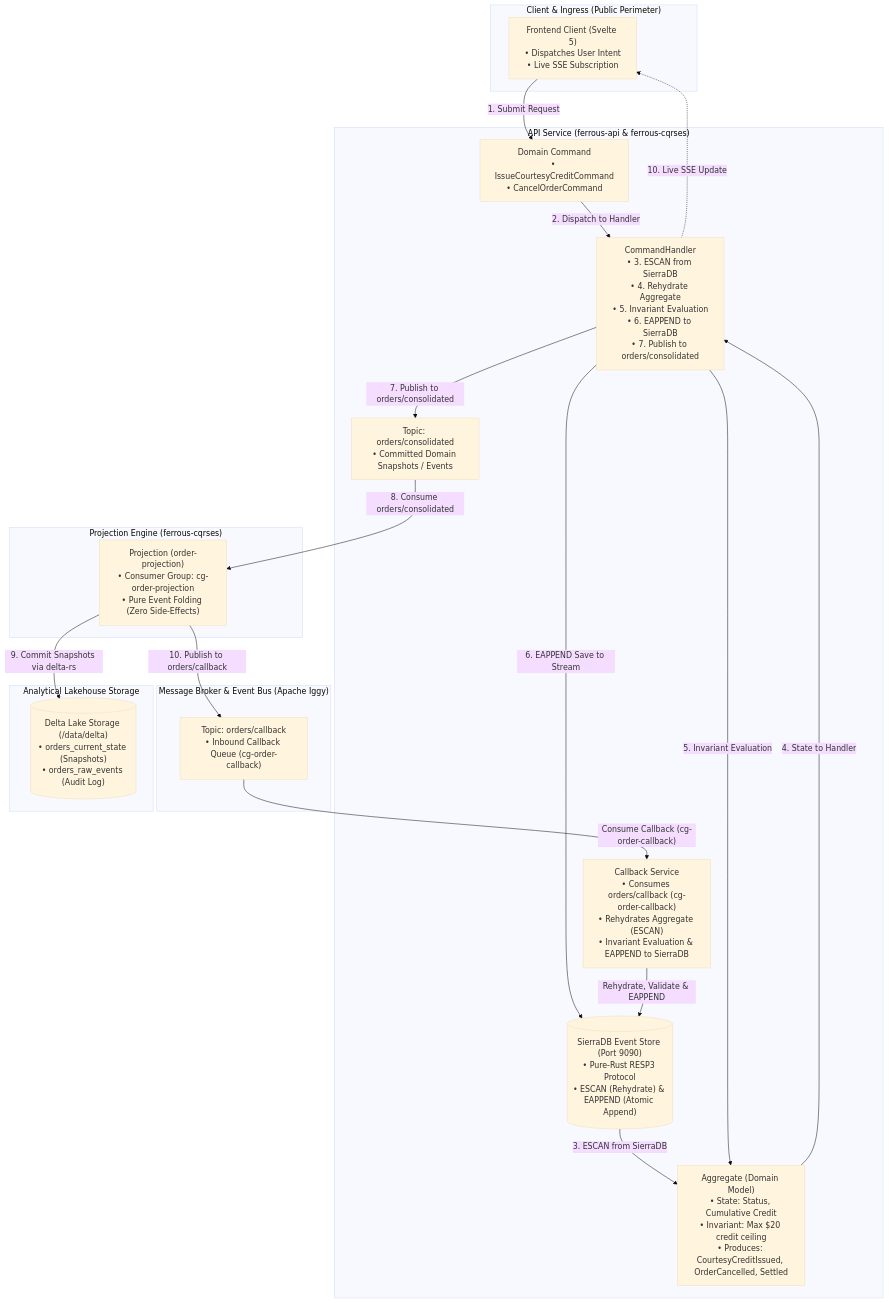
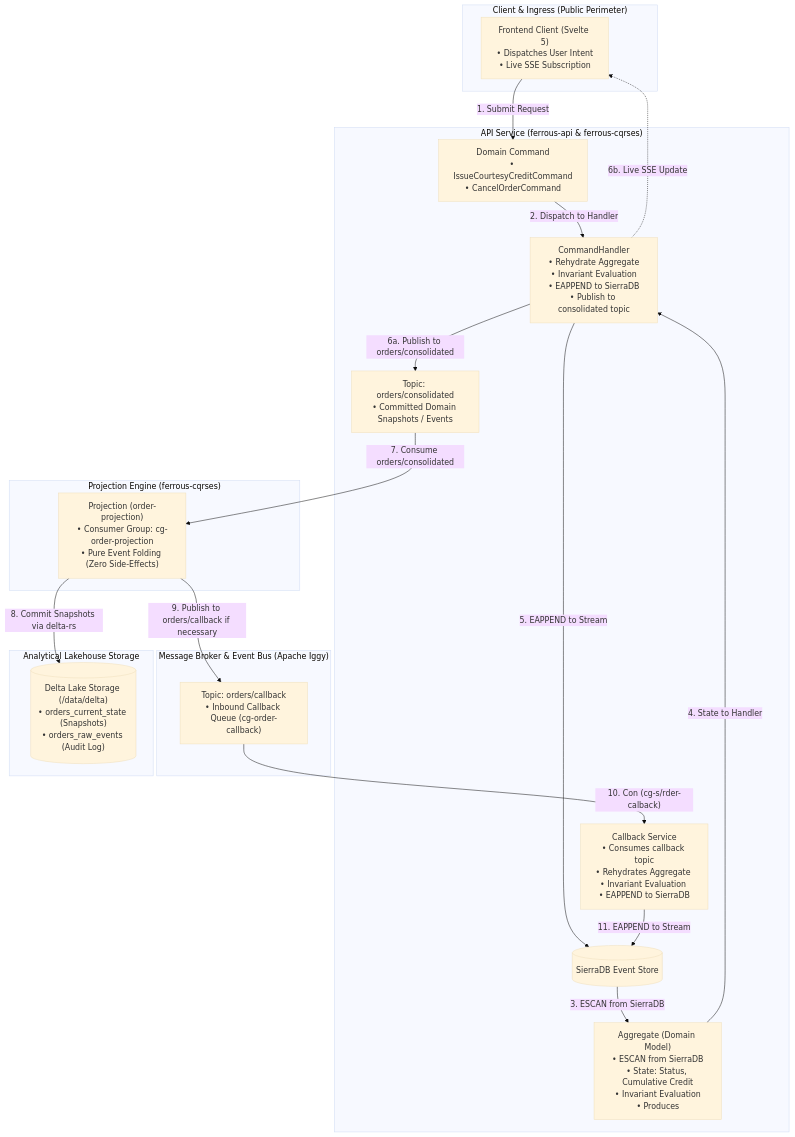
Before and after one commit to reidlai/ferrous-cx: the first of 2 diagrams in README.md, drawn with Mermaid (base theme).

Commit message:
fix(README.md): update CQRS/ES flow (#24)

````diff
--- a/README.md
+++ b/README.md
@@ -42,53 +42,54 @@
 ```mermaid
 flowchart TD
     subgraph Client_Tier ["Client & Ingress (Public Perimeter)"]
         Client["Frontend Client (Svelte 5)<br/>• Dispatches User Intent<br/>• Live SSE Subscription"]
     end
 
     subgraph API_Tier ["API Service (ferrous-api & ferrous-cqrses)"]
         Command["Domain Command<br/>• IssueCourtesyCreditCommand<br/>• CancelOrderCommand"]
-        CommandHandler["CommandHandler<br/>• 3. ESCAN from SierraDB<br/>• 4. Rehydrate Aggregate<br/>• 5. Invariant Evaluation<br/>• 6. EAPPEND to SierraDB<br/>• 7. Publish to orders/consolidated"]
-        CallbackService["Callback Service<br/>• Consumes orders/callback (cg-order-callback)<br/>• Rehydrates Aggregate (ESCAN)<br/>• Invariant Evaluation & EAPPEND to SierraDB"]
-        Aggregate["Aggregate (Domain Model)<br/>• State: Status, Cumulative Credit<br/>• Invariant: Max $20 credit ceiling<br/>• Produces: CourtesyCreditIssued, OrderCancelled, Settled"]
-        SierraDB[("SierraDB Event Store (Port 9090)<br/>• Pure-Rust RESP3 Protocol<br/>• ESCAN (Rehydrate) & EAPPEND (Atomic Append)")]
+        CommandHandler["CommandHandler<br/>• Rehydrate Aggregate<br/>• Invariant Evaluation<br/>• EAPPEND to SierraDB<br/>• Publish to consolidated topic"]
+        CallbackService["Callback Service<br/>• Consumes callback topic<br/>• Rehydrates Aggregate <br/>• Invariant Evaluation <br/>• EAPPEND to SierraDB"]
+        Aggregate["Aggregate (Domain Model)<br/>• ESCAN from SierraDB<br/>• State: Status, Cumulative Credit<br/>• Invariant Evaluation<br/>• Produces"]
+        SierraDB[("SierraDB Event Store")]
 
         Command -->|"2. Dispatch to Handler"| CommandHandler
         SierraDB -->|"3. ESCAN from SierraDB"| Aggregate
         Aggregate -->|"4. State to Handler"| CommandHandler
-        CommandHandler -->|"5. Invariant Evaluation"| Aggregate
-        CommandHandler -->|"6. EAPPEND Save to Stream"| SierraDB
-        CommandHandler -->|"7. Publish to orders/consolidated"| IggyConsolidated
-        CallbackService -->|"Rehydrate, Validate & EAPPEND"| SierraDB
+        CommandHandler -->|"5. EAPPEND to Stream"| SierraDB
+        CommandHandler -->|"6a. Publish to orders/consolidated"| IggyConsolidated
+        CallbackService -->|"11. EAPPEND to Stream"| SierraDB
 
     end
 
     subgraph Streaming_Fabric ["Message Broker & Event Bus (Apache Iggy)"]
         IggyCallback["Topic: orders/callback<br/>• Inbound Callback Queue (cg-order-callback)"]
         IggyConsolidated["Topic: orders/consolidated<br/>• Committed Domain Snapshots / Events"]
     end
 
     subgraph Projection_Tier ["Projection Engine (ferrous-cqrses)"]
         Projection["Projection (order-projection)<br/>• Consumer Group: cg-order-projection<br/>• Pure Event Folding (Zero Side-Effects)"]
     end
 
     subgraph Lakehouse_Tier ["Analytical Lakehouse Storage"]
         DeltaLake[("Delta Lake Storage (/data/delta)<br/>• orders_current_state (Snapshots)<br/>• orders_raw_events (Audit Log)")]
     end
 
     Client_Tier ~~~ API_Tier
     API_Tier ~~~ Streaming_Fabric
     Streaming_Fabric ~~~ Projection_Tier
     Projection_Tier ~~~ Lakehouse_Tier
 
     %% Step 1: User Command Ingestion
     Client -->|"1. Submit Request"| Command
-    CommandHandler -.->|"10. Live SSE Update"| Client
+    CommandHandler -.->|"6b. Live SSE Update"| Client
+
+    
+    %% Step 3: Projections & Delta Lake Write
+    IggyConsolidated -->|"7. Consume orders/consolidated"| Projection
+    Projection -->|"8. Commit Snapshots via delta-rs"| DeltaLake
+    Projection -->|"9. Publish to orders/callback if necessary"| IggyCallback
 
     %% Step 2: Callback Queue Ingestion
-    IggyCallback -->|"Consume Callback (cg-order-callback)"| CallbackService
+    IggyCallback -->|"10. Con (cg-s/rder-calback)"| CallbackService
 
-    %% Step 3: Projections & Delta Lake Write
-    IggyConsolidated -->|"8. Consume orders/consolidated"| Projection
-    Projection -->|"9. Commit Snapshots via delta-rs"| DeltaLake
-    Projection -->|"10. Publish to orders/callback"| IggyCallback
 ```
````
